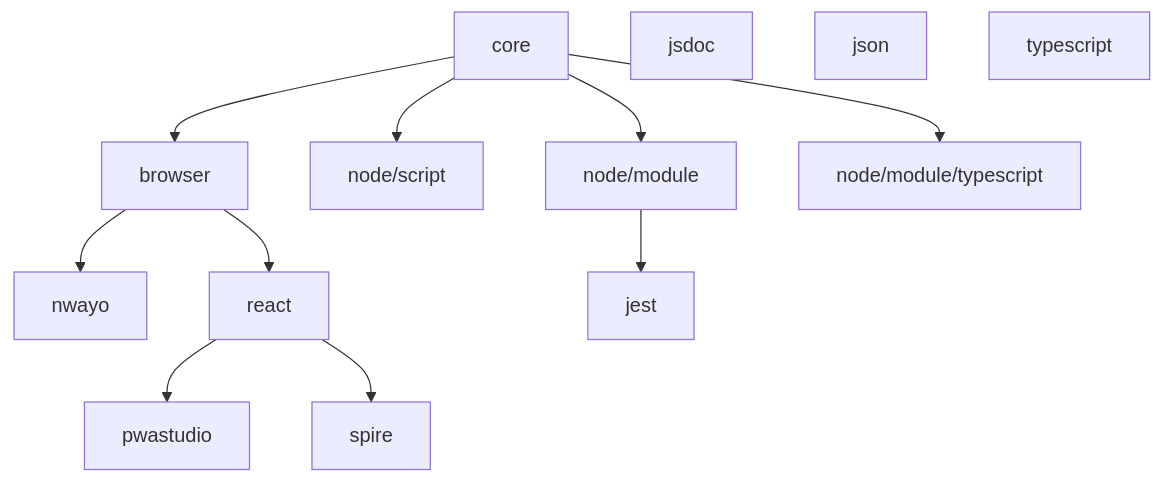
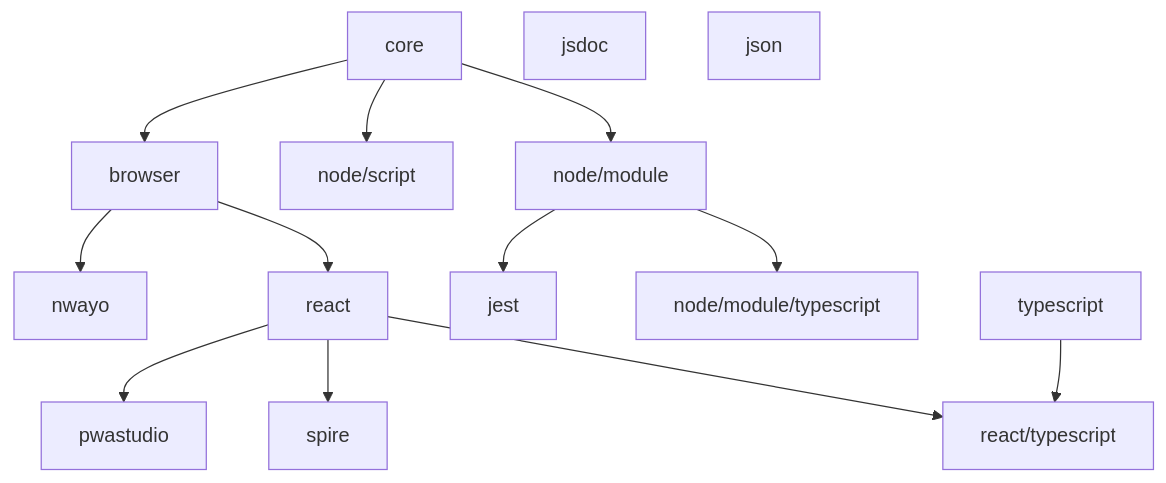
One commit to valtech-commerce/eslint-config changed the diagram in README.md. Above: the diagram before and after it, drawn with Mermaid. The commit also changed other lines of this file and 12 other files, not shown here.

Commit message:
Add `react/typescript` entrypoint

````diff
--- a/README.md
+++ b/README.md
@@ -31,10 +32,10 @@
 ```mermaid
   graph TD;
-    core --> browser & node/script & node/module & node/module/typescript
+    core --> browser & node/script & node/module
       browser --> nwayo & react
-        react --> pwastudio & spire
-      node/module --> jest
+        react --> pwastudio & spire & react/typescript
+      node/module --> jest & node/module/typescript
     jsdoc
     json
-    typescript
+    typescript --> react/typescript
 ```
````
